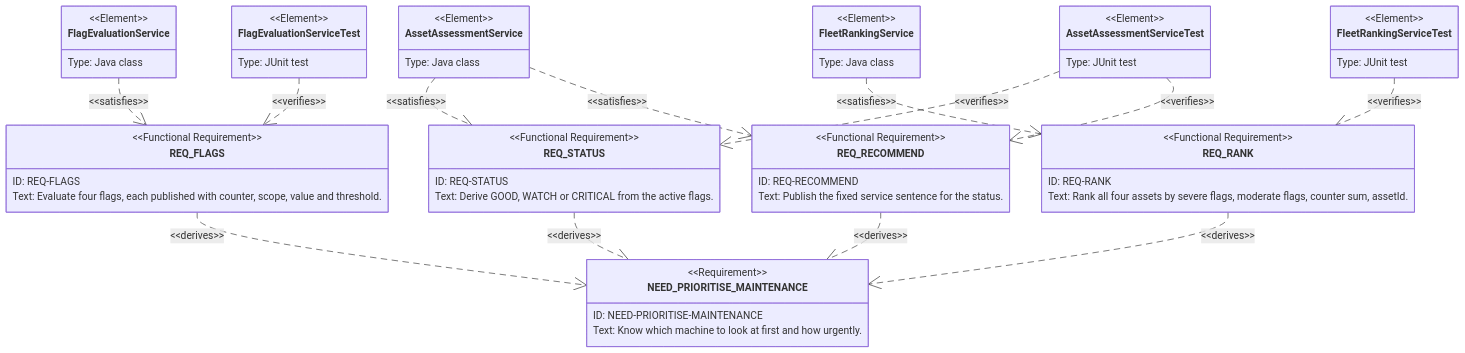
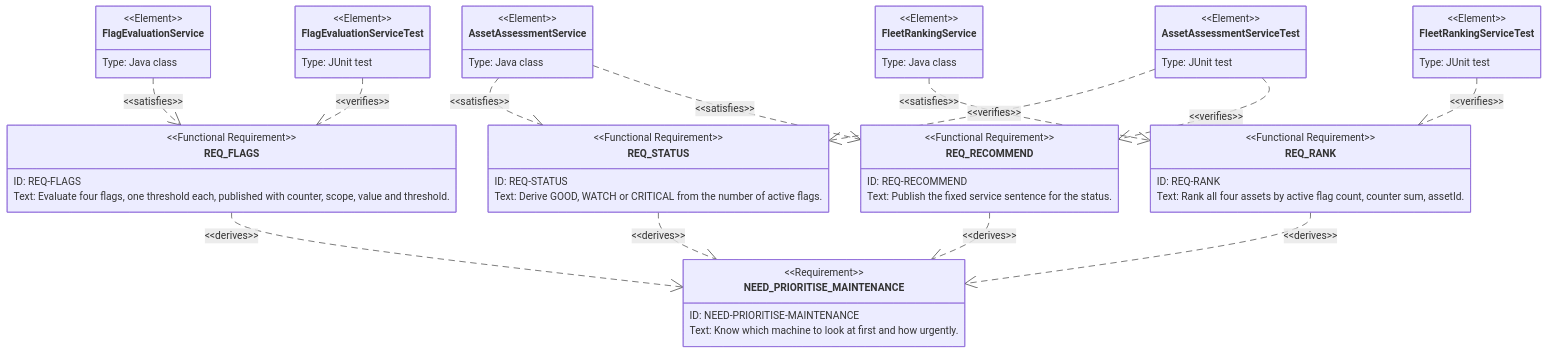
One commit to mariolagge/agri-fleet-analytics changed the fifth of 5 diagrams in docs/SYSTEM-MODEL.md. Above: the diagram before and after it, drawn with Mermaid. The commit also changed other lines of this file and 54 other files, not shown here.

Commit message:
Reduce scope and simplify flags and simulation 2

````diff
--- a/docs/SYSTEM-MODEL.md
+++ b/docs/SYSTEM-MODEL.md
@@ -148,65 +150,65 @@
 ```mermaid
 requirementDiagram
 
     requirement NEED_PRIORITISE_MAINTENANCE {
         id: "NEED-PRIORITISE-MAINTENANCE"
         text: "Know which machine to look at first and how urgently."
     }
 
     functionalRequirement REQ_FLAGS {
         id: "REQ-FLAGS"
-        text: "Evaluate four flags, each published with counter, scope, value and threshold."
+        text: "Evaluate four flags, one threshold each, published with counter, scope, value and threshold."
     }
 
     functionalRequirement REQ_STATUS {
         id: "REQ-STATUS"
-        text: "Derive GOOD, WATCH or CRITICAL from the active flags."
+        text: "Derive GOOD, WATCH or CRITICAL from the number of active flags."
     }
 
     functionalRequirement REQ_RANK {
         id: "REQ-RANK"
-        text: "Rank all four assets by severe flags, moderate flags, counter sum, assetId."
+        text: "Rank all four assets by active flag count, counter sum, assetId."
     }
 
     functionalRequirement REQ_RECOMMEND {
         id: "REQ-RECOMMEND"
         text: "Publish the fixed service sentence for the status."
     }
 
     element FlagEvaluationService {
         type: "Java class"
     }
 
     element AssetAssessmentService {
         type: "Java class"
     }
 
     element FleetRankingService {
         type: "Java class"
     }
 
     element FlagEvaluationServiceTest {
         type: "JUnit test"
     }
 
     element AssetAssessmentServiceTest {
         type: "JUnit test"
     }
 
     element FleetRankingServiceTest {
         type: "JUnit test"
     }
 
     REQ_FLAGS - derives -> NEED_PRIORITISE_MAINTENANCE
     REQ_STATUS - derives -> NEED_PRIORITISE_MAINTENANCE
     REQ_RANK - derives -> NEED_PRIORITISE_MAINTENANCE
     REQ_RECOMMEND - derives -> NEED_PRIORITISE_MAINTENANCE
     FlagEvaluationService - satisfies -> REQ_FLAGS
     AssetAssessmentService - satisfies -> REQ_STATUS
     AssetAssessmentService - satisfies -> REQ_RECOMMEND
     FleetRankingService - satisfies -> REQ_RANK
     FlagEvaluationServiceTest - verifies -> REQ_FLAGS
     AssetAssessmentServiceTest - verifies -> REQ_STATUS
     AssetAssessmentServiceTest - verifies -> REQ_RECOMMEND
     FleetRankingServiceTest - verifies -> REQ_RANK
 ```
````
